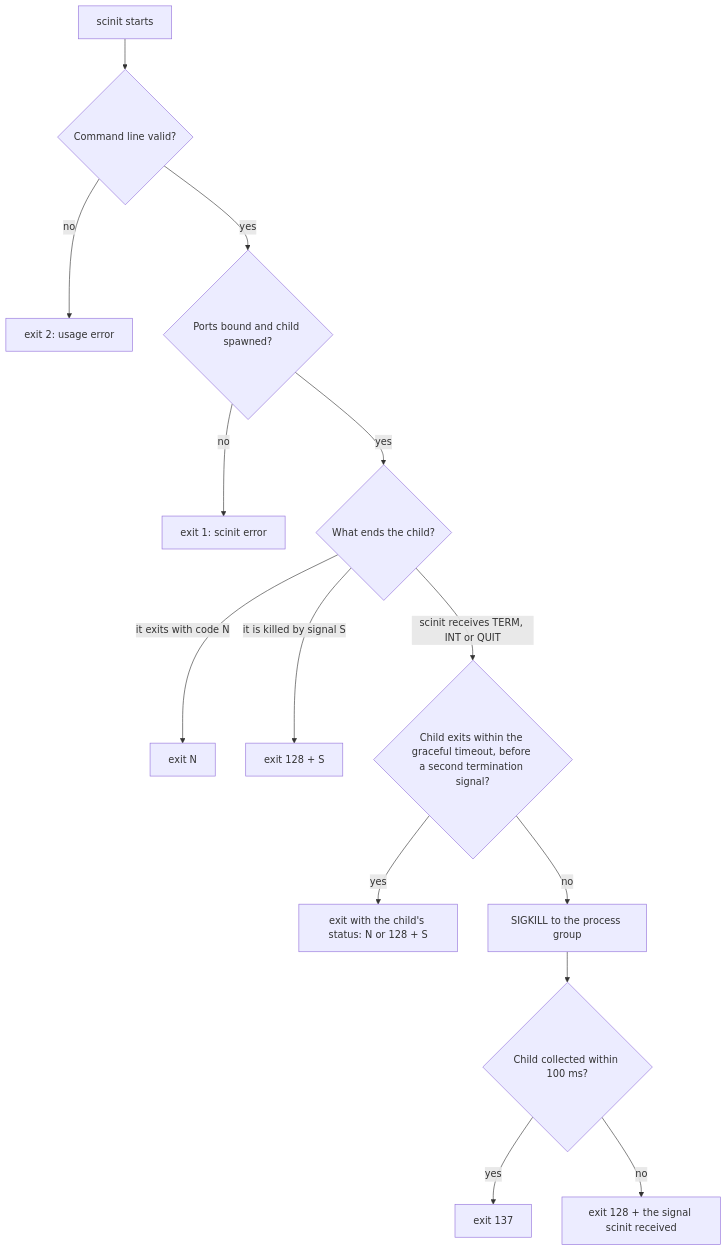
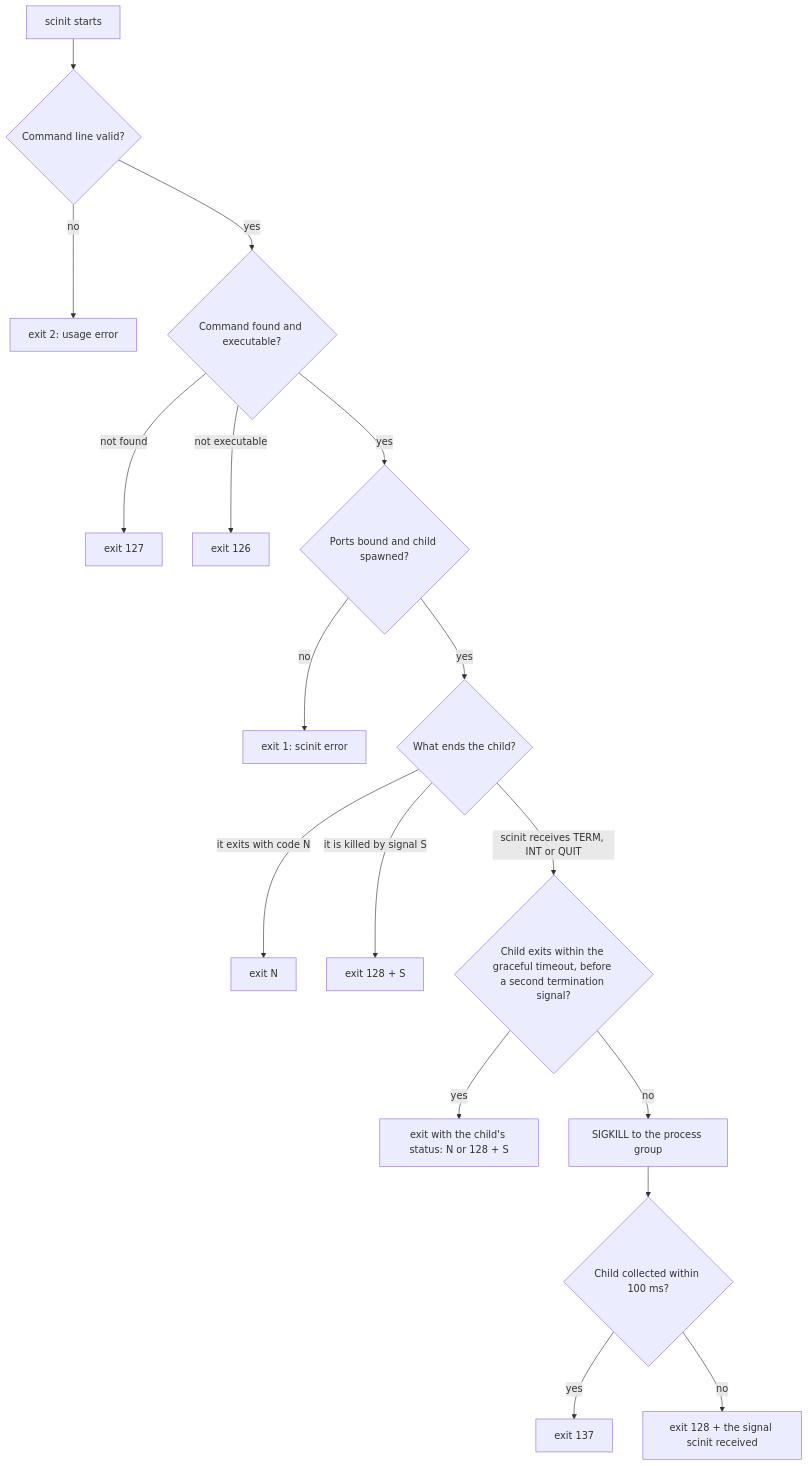
One commit to divoxx/scinit changed the diagram in docs/guides/exit-codes.md. Above: the diagram before and after it, drawn with Mermaid. The commit also changed other lines of this file and 15 other files, not shown here.

````diff
--- a/docs/guides/exit-codes.md
+++ b/docs/guides/exit-codes.md
@@ -7,16 +7,19 @@
 ```mermaid
 flowchart TD
     start["scinit starts"] --> parse{"Command line valid?"}
     parse -- no --> usage["exit 2: usage error"]
-    parse -- yes --> setup{"Ports bound and child spawned?"}
+    parse -- yes --> found{"Command found and executable?"}
+    found -- "not found" --> e127["exit 127"]
+    found -- "not executable" --> e126["exit 126"]
+    found -- yes --> setup{"Ports bound and child spawned?"}
     setup -- no --> err["exit 1: scinit error"]
     setup -- yes --> how{"What ends the child?"}
     how -- "it exits with code N" --> code["exit N"]
     how -- "it is killed by signal S" --> sig["exit 128 + S"]
     how -- "scinit receives TERM, INT or QUIT" --> grace{"Child exits within the graceful timeout, before a second termination signal?"}
     grace -- yes --> status["exit with the child's status: N or 128 + S"]
     grace -- no --> kill["SIGKILL to the process group"]
     kill --> reaped{"Child collected within 100 ms?"}
     reaped -- yes --> k137["exit 137"]
     reaped -- no --> recv["exit 128 + the signal scinit received"]
 ```
````
